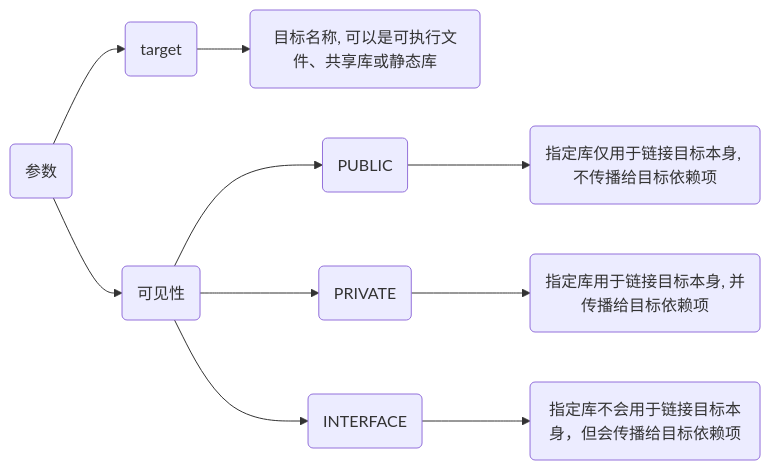
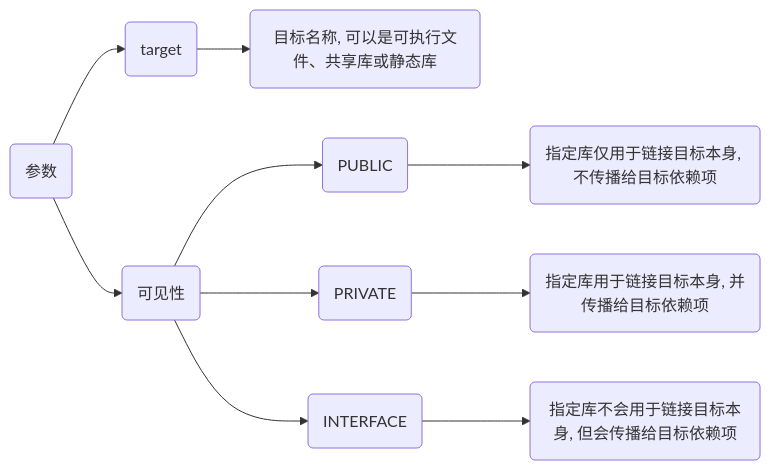
The fifth of 7 diagrams in _posts/software/build_tool/cmake/2024-11-09-语法.md (dmjcb/dmjcb.github.io), drawn with Mermaid before and after one commit. The commit also changed 36 other files, not shown here.

````diff
--- a/_posts/software/build_tool/cmake/2024-11-09-语法.md
+++ b/_posts/software/build_tool/cmake/2024-11-09-语法.md
@@ -151,9 +151,9 @@
 ```mermaid
 graph LR
     P(参数)
     P-->A(target)-->A1(目标名称, 可以是可执行文件、共享库或静态库)
     P-->D1(可见性)
     D1-->D11(PUBLIC)-->D111(指定库仅用于链接目标本身, 不传播给目标依赖项)
     D1-->D12(PRIVATE)-->D121(指定库用于链接目标本身, 并传播给目标依赖项)
-    D1-->D13(INTERFACE)-->D131(指定库不会用于链接目标本身，但会传播给目标依赖项)
+    D1-->D13(INTERFACE)-->D131(指定库不会用于链接目标本身, 但会传播给目标依赖项)
 ```
````
